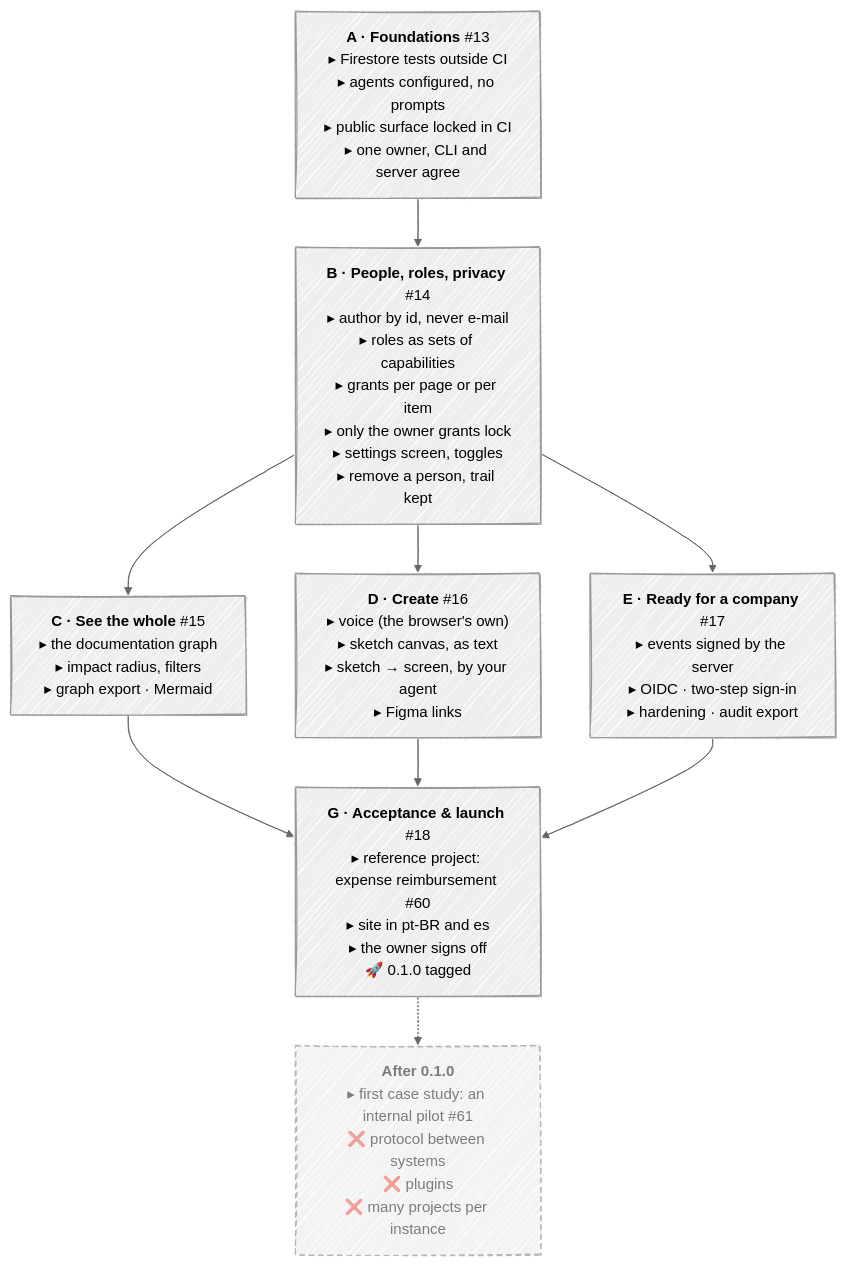
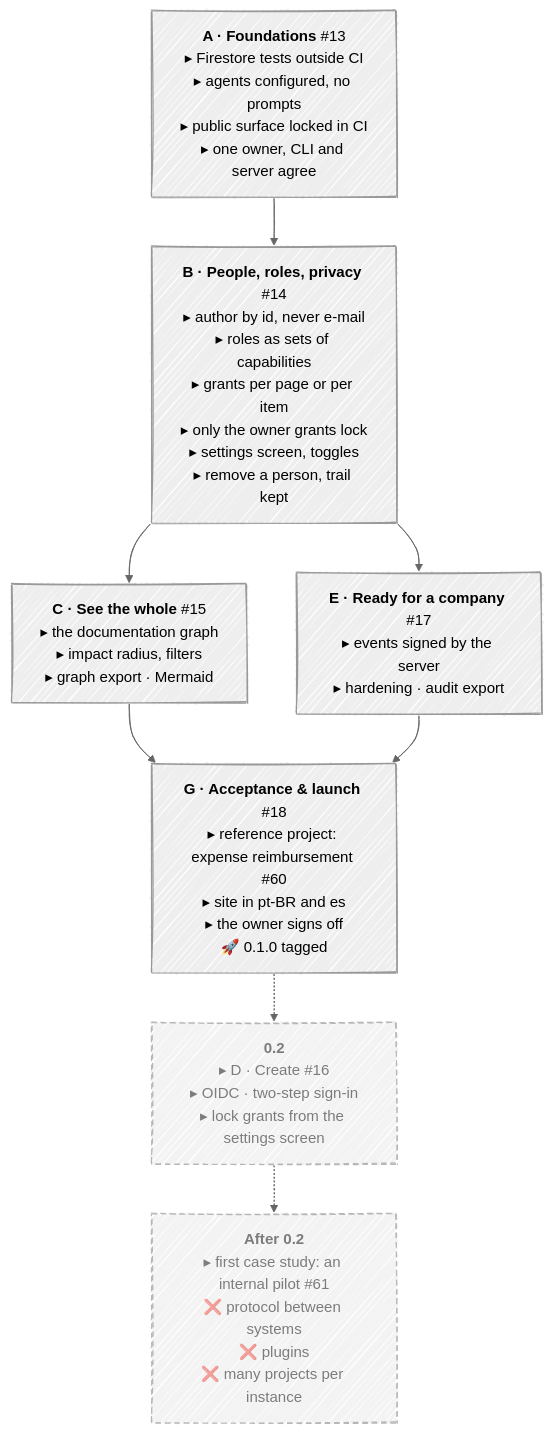
One commit to Holdrim/holdrim-core changed the diagram in ROADMAP.md. Above: the diagram before and after it, drawn with Mermaid. The commit also changed other lines of this file and 1 other file, not shown here.

````diff
--- a/ROADMAP.md
+++ b/ROADMAP.md
@@ -16,27 +16,26 @@
 ```mermaid
 ---
 config:
   look: handDrawn
   theme: neutral
 ---
 flowchart TB
   A["<b>A · Foundations</b> #13<br/>▸ Firestore tests outside CI<br/>▸ agents configured, no prompts<br/>▸ public surface locked in CI<br/>▸ one owner, CLI and server agree"]
   B["<b>B · People, roles, privacy</b> #14<br/>▸ author by id, never e-mail<br/>▸ roles as sets of capabilities<br/>▸ grants per page or per item<br/>▸ only the owner grants lock<br/>▸ settings screen, toggles<br/>▸ remove a person, trail kept"]
   C["<b>C · See the whole</b> #15<br/>▸ the documentation graph<br/>▸ impact radius, filters<br/>▸ graph export · Mermaid"]
-  D["<b>D · Create</b> #16<br/>▸ voice (the browser's own)<br/>▸ sketch canvas, as text<br/>▸ sketch → screen, by your agent<br/>▸ Figma links"]
-  E["<b>E · Ready for a company</b> #17<br/>▸ events signed by the server<br/>▸ OIDC · two-step sign-in<br/>▸ hardening · audit export"]
+  E["<b>E · Ready for a company</b> #17<br/>▸ events signed by the server<br/>▸ hardening · audit export"]
   G["<b>G · Acceptance &amp; launch</b> #18<br/>▸ reference project: expense reimbursement #60<br/>▸ site in pt-BR and es<br/>▸ the owner signs off<br/>🚀 0.1.0 tagged"]
-  Later["<b>After 0.1.0</b><br/>▸ first case study: an internal pilot #61<br/>❌ protocol between systems<br/>❌ plugins<br/>❌ many projects per instance"]
+  Next["<b>0.2</b><br/>▸ D · Create #16<br/>▸ OIDC · two-step sign-in<br/>▸ lock grants from the settings screen"]
+  Later["<b>After 0.2</b><br/>▸ first case study: an internal pilot #61<br/>❌ protocol between systems<br/>❌ plugins<br/>❌ many projects per instance"]
 
   A --> B
   B --> C
-  B --> D
   B --> E
   C --> G
-  D --> G
   E --> G
-  G -.-> Later
+  G -.-> Next
+  Next -.-> Later
 
   classDef later stroke-dasharray: 6 4,opacity:0.7
-  class Later later
+  class Next,Later later
 ```
````
